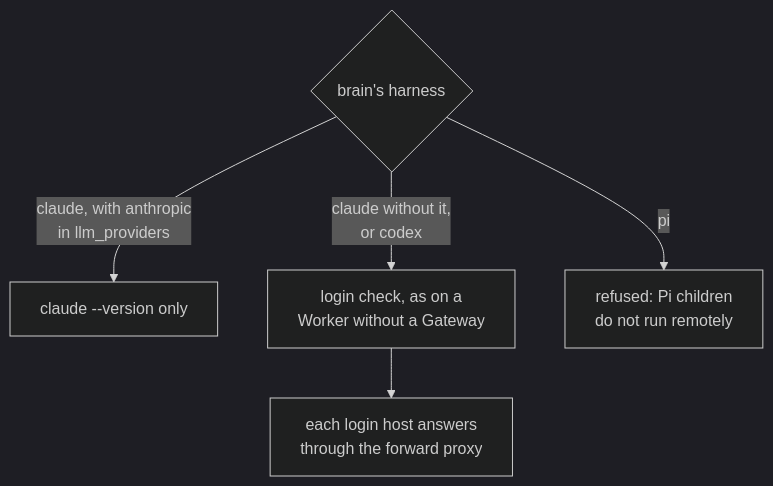
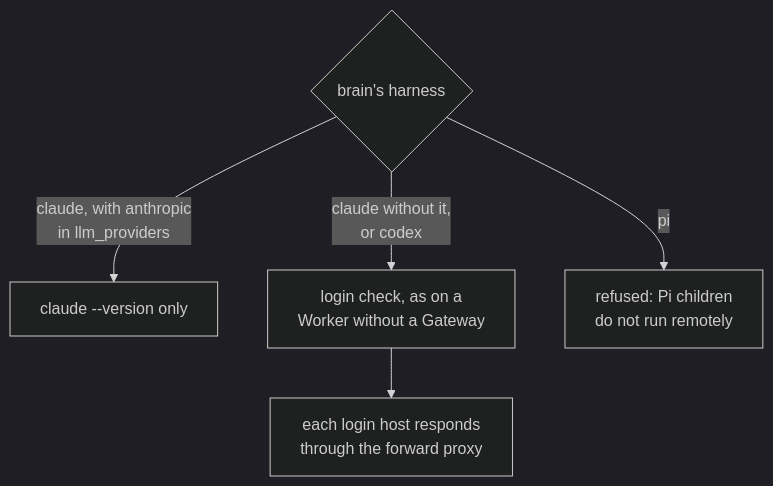
The third of 9 diagrams in apps/docs/src/content/docs/architecture/workers-and-gateway.mdx (basaltbytes/usine), drawn with Mermaid (dark theme) before and after one commit. The commit also changed other lines of this file and 7 other files, not shown here.

First line of the commit message:
docs(architecture): rewrite convoluted sentences in plain terms

````diff
--- a/apps/docs/src/content/docs/architecture/workers-and-gateway.mdx
+++ b/apps/docs/src/content/docs/architecture/workers-and-gateway.mdx
@@ -163,7 +163,7 @@
 ```mermaid
 flowchart TD
   harness{"brain's harness"} -->|"claude, with anthropic<br/>in llm_providers"| binary["claude --version only"]
   harness -->|"claude without it,<br/>or codex"| login["login check, as on a<br/>Worker without a Gateway"]
-  login --> hosts["each login host answers<br/>through the forward proxy"]
+  login --> hosts["each login host responds<br/>through the forward proxy"]
   harness -->|pi| refused["refused: Pi children<br/>do not run remotely"]
 ```
````
